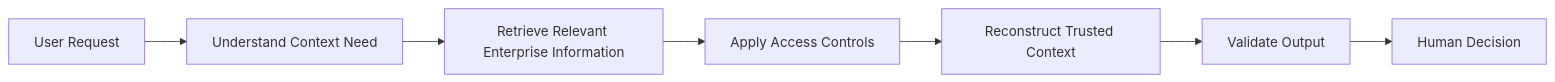
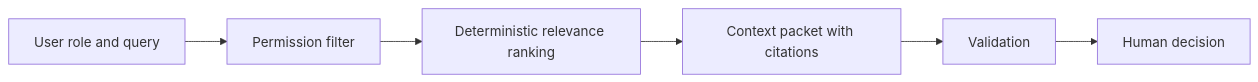
The diagram in README.md (keyvi0508-code/contextguard-case-study), drawn with Mermaid before and after one commit. The commit also changed other lines of this file, not shown here.

Commit message:
Document executable ContextGuard prototype

````diff
--- a/README.md
+++ b/README.md
@@ -68,10 +25,8 @@
 ```mermaid
 flowchart LR
-    A[User Request]
-    --> B[Understand Context Need]
-    --> C[Retrieve Relevant Enterprise Information]
-    --> D[Apply Access Controls]
-    --> E[Reconstruct Trusted Context]
-    --> F[Validate Output]
-    --> G[Human Decision]
+    A[User role and query] --> B[Permission filter]
+    B --> C[Deterministic relevance ranking]
+    C --> D[Context packet with citations]
+    D --> E[Validation]
+    E --> F[Human decision]
 ```
````
